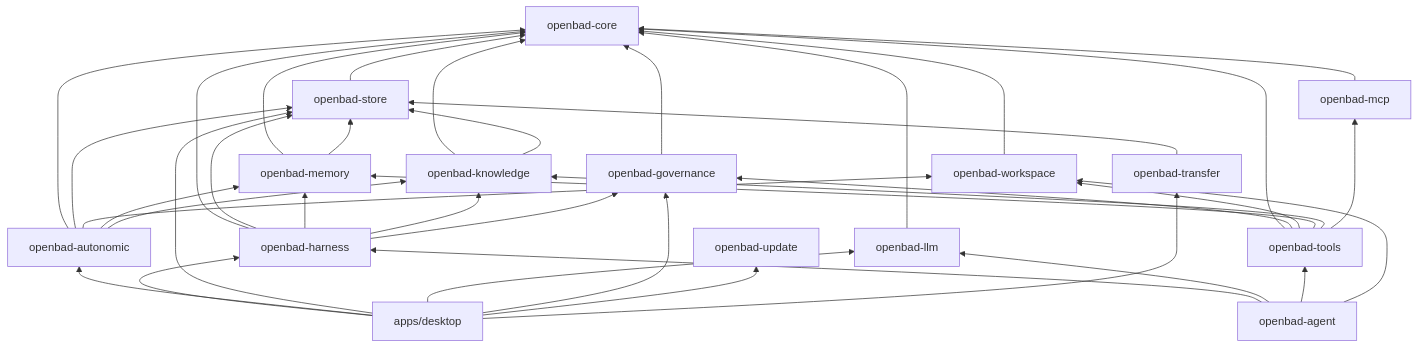
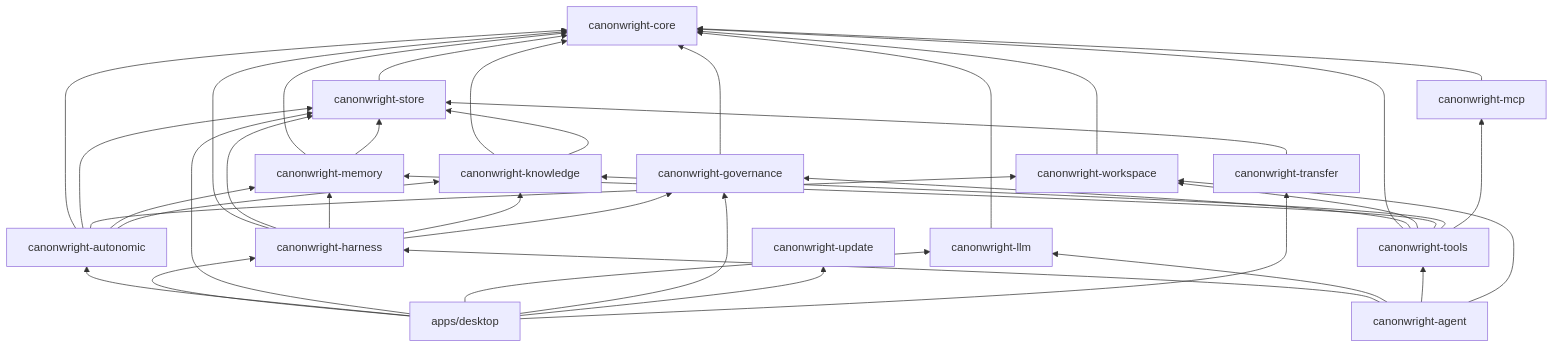
The diagram in docs/architecture/02-rust-workspace-and-crates.md (bruceamoser/canonwright), drawn with Mermaid before and after one commit. The commit also changed other lines of this file and 279 other files, not shown here.

First line of the commit message:
feat: rebrand the harness as Canonwright and add the Story State Graph

````diff
--- a/docs/architecture/02-rust-workspace-and-crates.md
+++ b/docs/architecture/02-rust-workspace-and-crates.md
@@ -87,42 +87,42 @@
 ```mermaid
 flowchart BT
-    Core[openbad-core]
-    Store[openbad-store] --> Core
-    Llm[openbad-llm] --> Core
-    Gov[openbad-governance] --> Core
-    Ws[openbad-workspace] --> Core
-    Mem[openbad-memory] --> Core
+    Core[canonwright-core]
+    Store[canonwright-store] --> Core
+    Llm[canonwright-llm] --> Core
+    Gov[canonwright-governance] --> Core
+    Ws[canonwright-workspace] --> Core
+    Mem[canonwright-memory] --> Core
     Mem --> Store
-    Know[openbad-knowledge] --> Core
+    Know[canonwright-knowledge] --> Core
     Know --> Store
-    Tools[openbad-tools] --> Core
+    Tools[canonwright-tools] --> Core
     Tools --> Gov
     Tools --> Ws
     Tools --> Mem
     Tools --> Know
-    Harness[openbad-harness] --> Core
+    Harness[canonwright-harness] --> Core
     Harness --> Store
     Harness --> Mem
     Harness --> Know
     Harness --> Gov
-    Agent[openbad-agent] --> Harness
+    Agent[canonwright-agent] --> Harness
     Agent --> Llm
     Agent --> Tools
     Agent --> Ws
-    Auto[openbad-autonomic] --> Core
+    Auto[canonwright-autonomic] --> Core
     Auto --> Store
     Auto --> Ws
     Auto --> Mem
     Auto --> Know
-    Mcp[openbad-mcp] --> Core
+    Mcp[canonwright-mcp] --> Core
     Tools --> Mcp
-    Upd[openbad-update]
-    Transfer[openbad-transfer] --> Store
+    Upd[canonwright-update]
+    Transfer[canonwright-transfer] --> Store
     Desktop[apps/desktop] --> Harness
     Desktop --> Auto
     Desktop --> Store
     Desktop --> Llm
     Desktop --> Gov
     Desktop --> Upd
     Desktop --> Transfer
 ```
````
